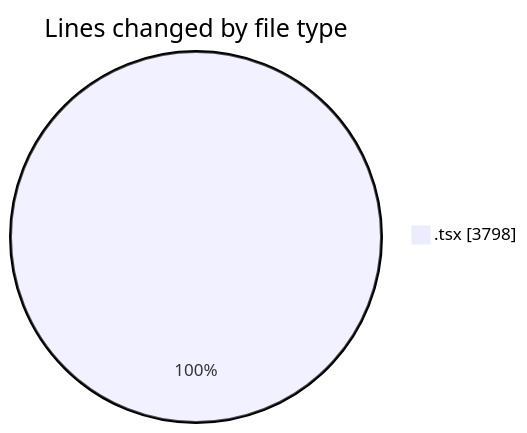
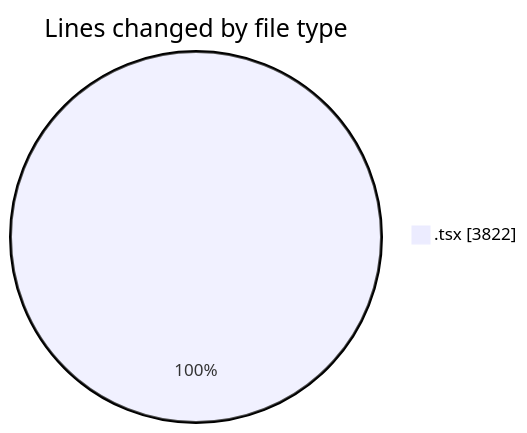
The first of 2 diagrams in 2025-11-11/cda/README.md (momahboobian/code-tracking), drawn with Mermaid before and after one commit. The commit also changed other lines of this file and 1 other file, not shown here.

````diff
--- a/2025-11-11/cda/README.md
+++ b/2025-11-11/cda/README.md
@@ -24,5 +24,5 @@
 ```mermaid
 pie showData
 title Lines changed by file type
-".tsx" : 3798
+".tsx" : 3822
 ```
````
